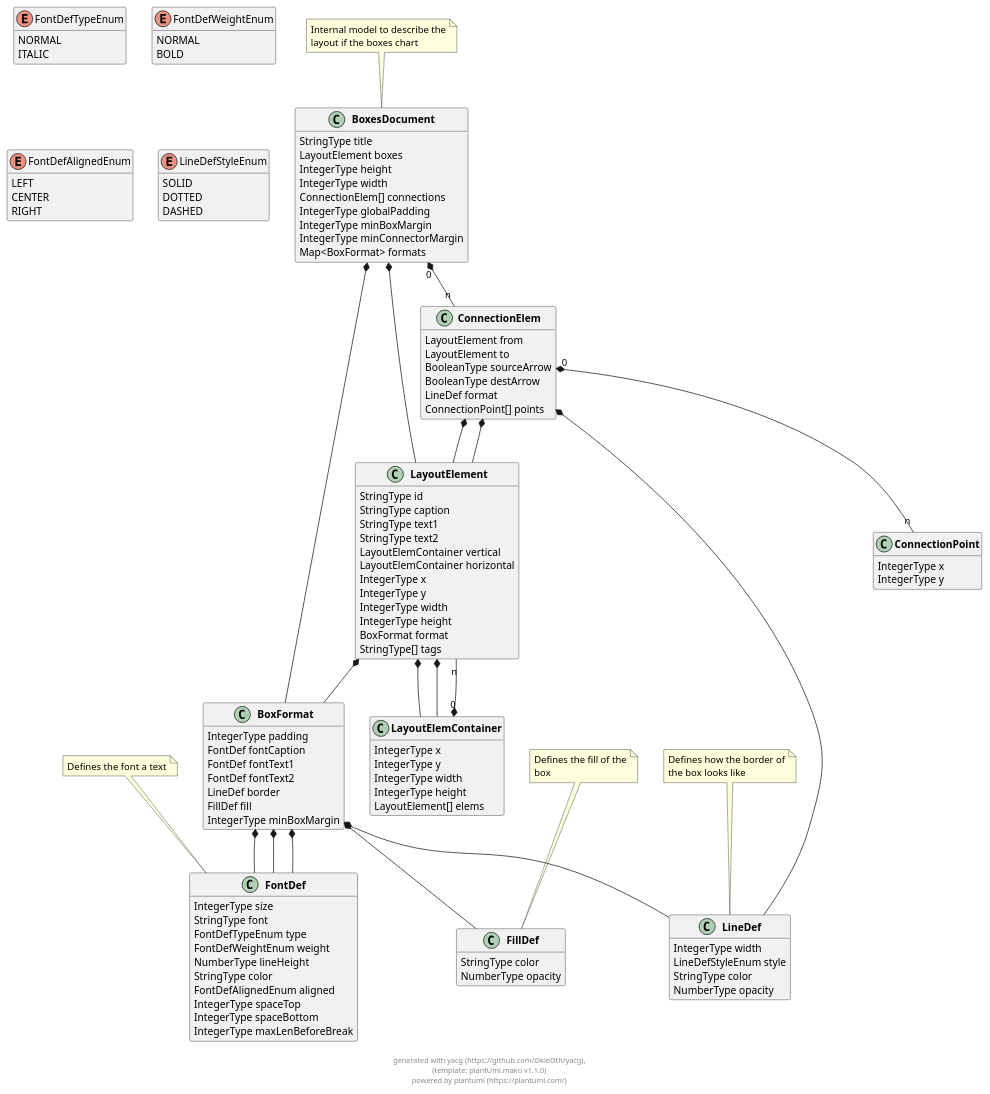
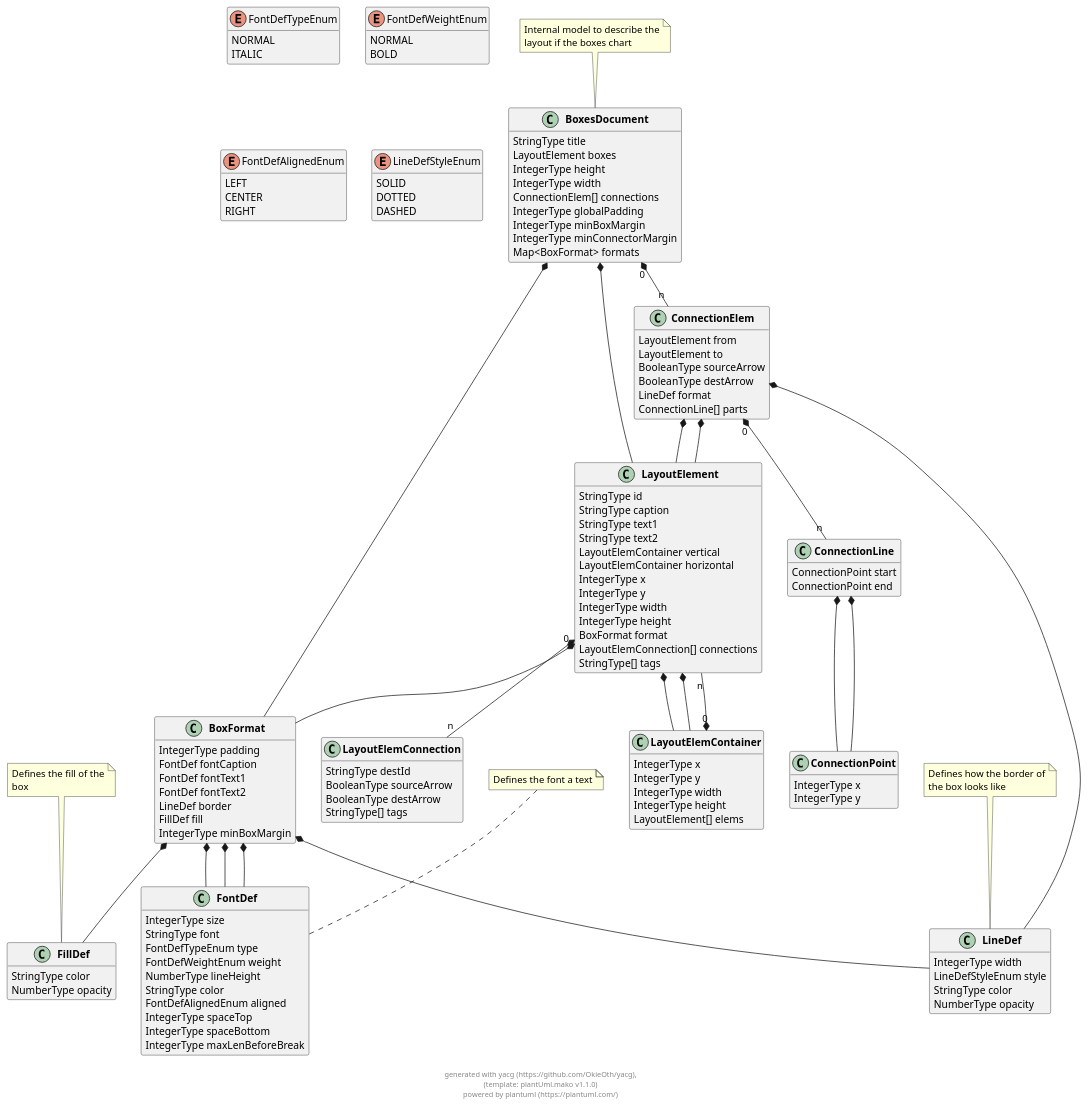
Before and after one commit to OkieOth/draw.chart.things: the diagram in docs/models/puml/boxes_document.puml, drawn with PlantUML. The commit also changed 10 other files, not shown here.

```diff
--- a/docs/models/puml/boxes_document.puml
+++ b/docs/models/puml/boxes_document.puml
@@ -31,6 +31,7 @@
         IntegerType width
         IntegerType height
         BoxFormat format
+        LayoutElemConnection[] connections
         StringType[] tags
 }
 
@@ -42,7 +43,7 @@
         BooleanType sourceArrow
         BooleanType destArrow
         LineDef format
-        ConnectionPoint[] points
+        ConnectionLine[] parts
 }
 
  
@@ -66,6 +67,22 @@
         IntegerType width
         IntegerType height
         LayoutElement[] elems
+}
+
+ 
+
+class "**LayoutElemConnection**" as LayoutElemConnection {
+        StringType destId
+        BooleanType sourceArrow
+        BooleanType destArrow
+        StringType[] tags
+}
+
+ 
+
+class "**ConnectionLine**" as ConnectionLine {
+        ConnectionPoint start
+        ConnectionPoint end
 }
 
  
@@ -162,6 +179,8 @@
 
 LayoutElement  *--  BoxFormat
 
+LayoutElement "0" *-- "n" LayoutElemConnection
+
 
     
 ConnectionElem  *--  LayoutElement
@@ -172,7 +191,7 @@
 
 ConnectionElem  *--  LineDef
 
-ConnectionElem "0" *-- "n" ConnectionPoint
+ConnectionElem "0" *-- "n" ConnectionLine
 
     
     
@@ -194,6 +213,16 @@
 
 
 LayoutElemContainer "0" *-- "n" LayoutElement
+
+    
+
+
+
+
+    
+ConnectionLine  *--  ConnectionPoint
+
+ConnectionLine  *--  ConnectionPoint
 
     
 
```
